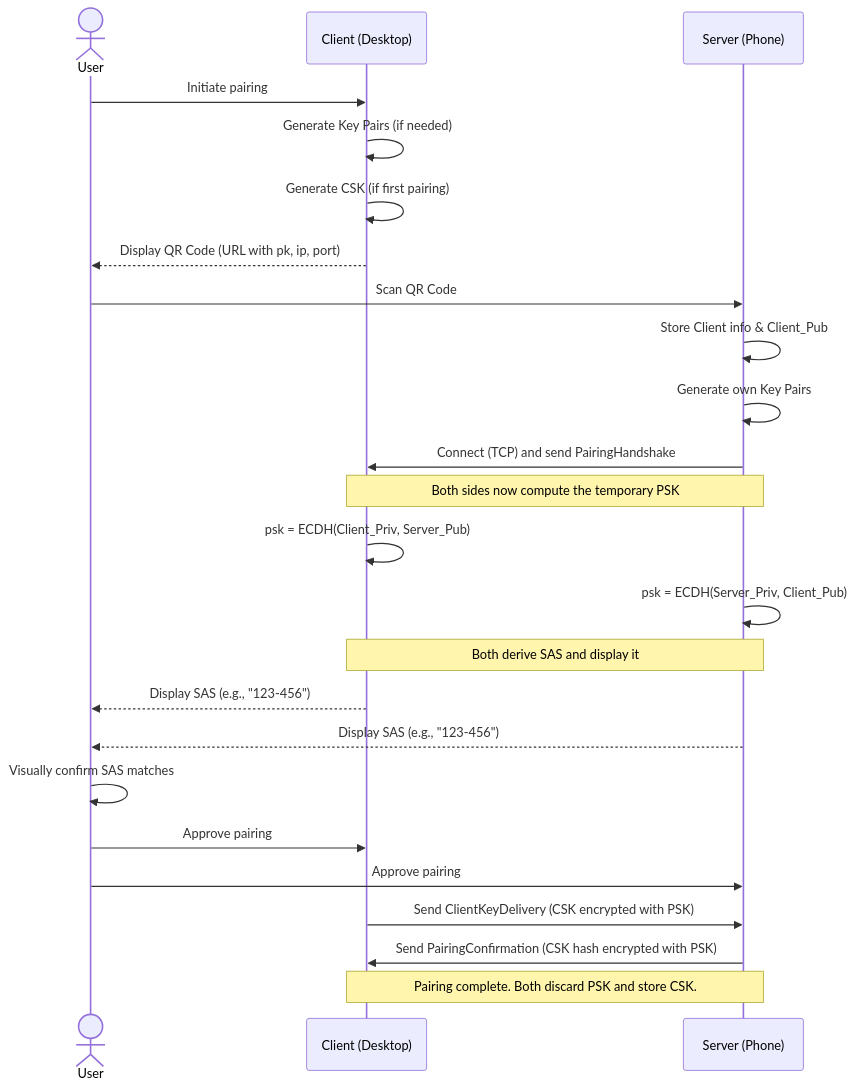
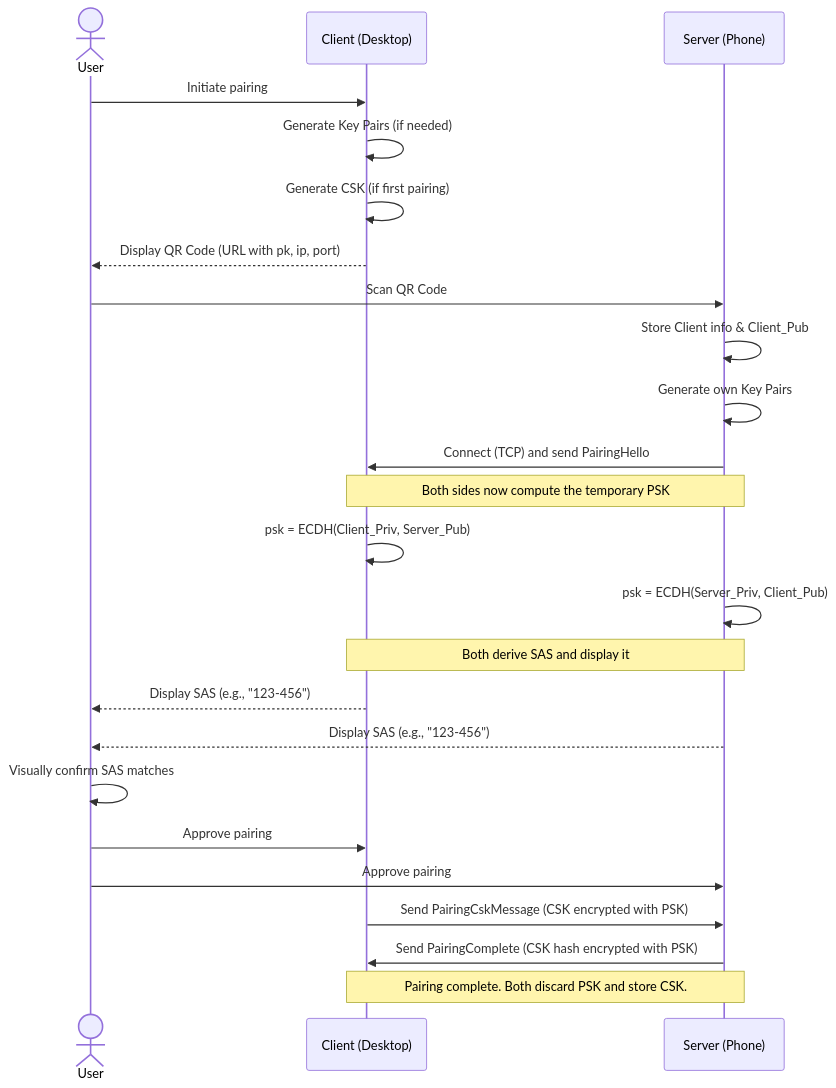
The diagram in docs/design-documents/protocol/initial-key-exchange.md (Lolle2000la/tapauth), drawn with Mermaid before and after one commit. The commit also changed other lines of this file and 225 other files, not shown here.

````diff
--- a/docs/design-documents/protocol/initial-key-exchange.md
+++ b/docs/design-documents/protocol/initial-key-exchange.md
@@ -19,34 +19,34 @@
 ```mermaid
 sequenceDiagram
     actor User
     participant Client (Desktop)
     participant Server (Phone)
 
     User->>Client (Desktop): Initiate pairing
     Client (Desktop)->>Client (Desktop): Generate Key Pairs (if needed)
     Client (Desktop)->>Client (Desktop): Generate CSK (if first pairing)
     Client (Desktop)-->>User: Display QR Code (URL with pk, ip, port)
 
     User->>Server (Phone): Scan QR Code
     Server (Phone)->>Server (Phone): Store Client info & Client_Pub
     Server (Phone)->>Server (Phone): Generate own Key Pairs
     
-    Server (Phone)->>Client (Desktop): Connect (TCP) and send PairingHandshake
+    Server (Phone)->>Client (Desktop): Connect (TCP) and send PairingHello
     
     Note over Client (Desktop),Server (Phone): Both sides now compute the temporary PSK
     Client (Desktop)->>Client (Desktop): psk = ECDH(Client_Priv, Server_Pub)
     Server (Phone)->>Server (Phone): psk = ECDH(Server_Priv, Client_Pub)
     
     Note over Client (Desktop),Server (Phone): Both derive SAS and display it
     Client (Desktop)-->>User: Display SAS (e.g., "123-456")
     Server (Phone)-->>User: Display SAS (e.g., "123-456")
 
     User->>User: Visually confirm SAS matches
     User->>Client (Desktop): Approve pairing
     User->>Server (Phone): Approve pairing
     
-    Client (Desktop)->>Server (Phone): Send ClientKeyDelivery (CSK encrypted with PSK)
-    Server (Phone)->>Client (Desktop): Send PairingConfirmation (CSK hash encrypted with PSK)
+    Client (Desktop)->>Server (Phone): Send PairingCskMessage (CSK encrypted with PSK)
+    Server (Phone)->>Client (Desktop): Send PairingComplete (CSK hash encrypted with PSK)
     
     Note over Client (Desktop),Server (Phone): Pairing complete. Both discard PSK and store CSK.
 ```
````
